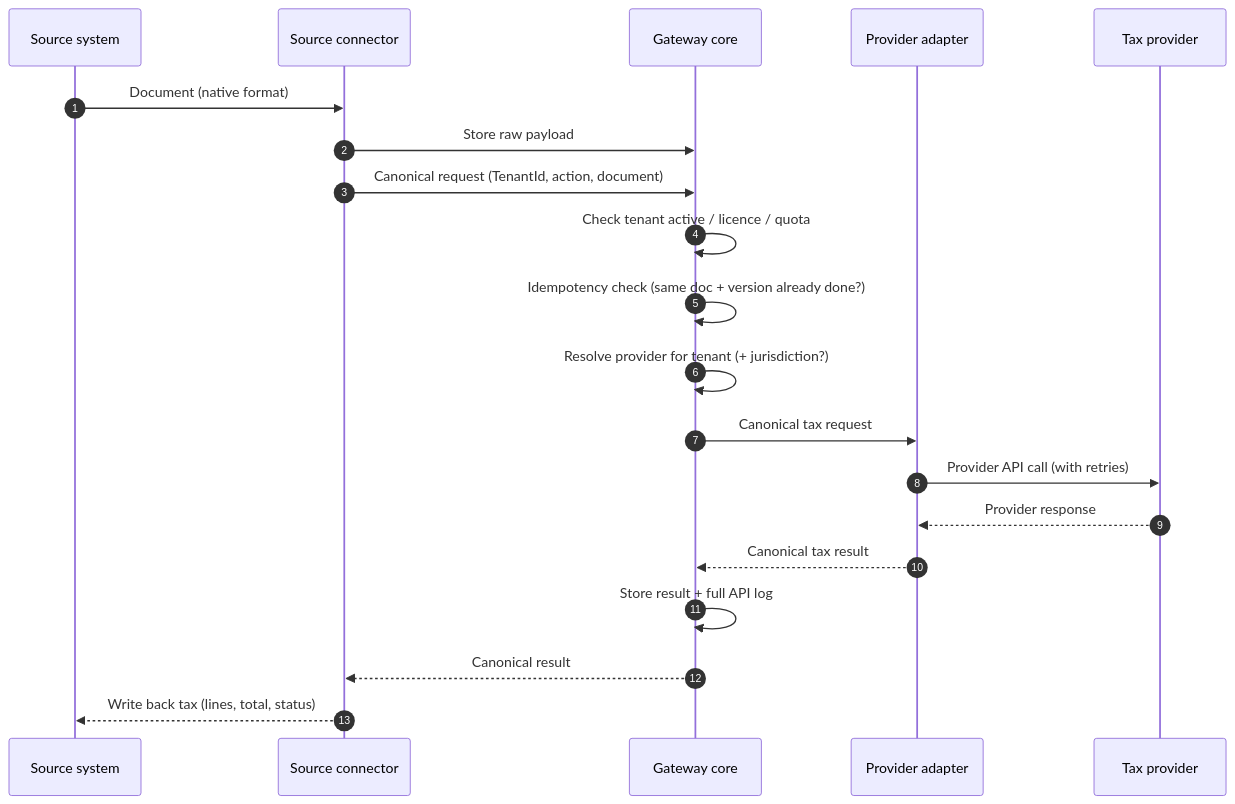
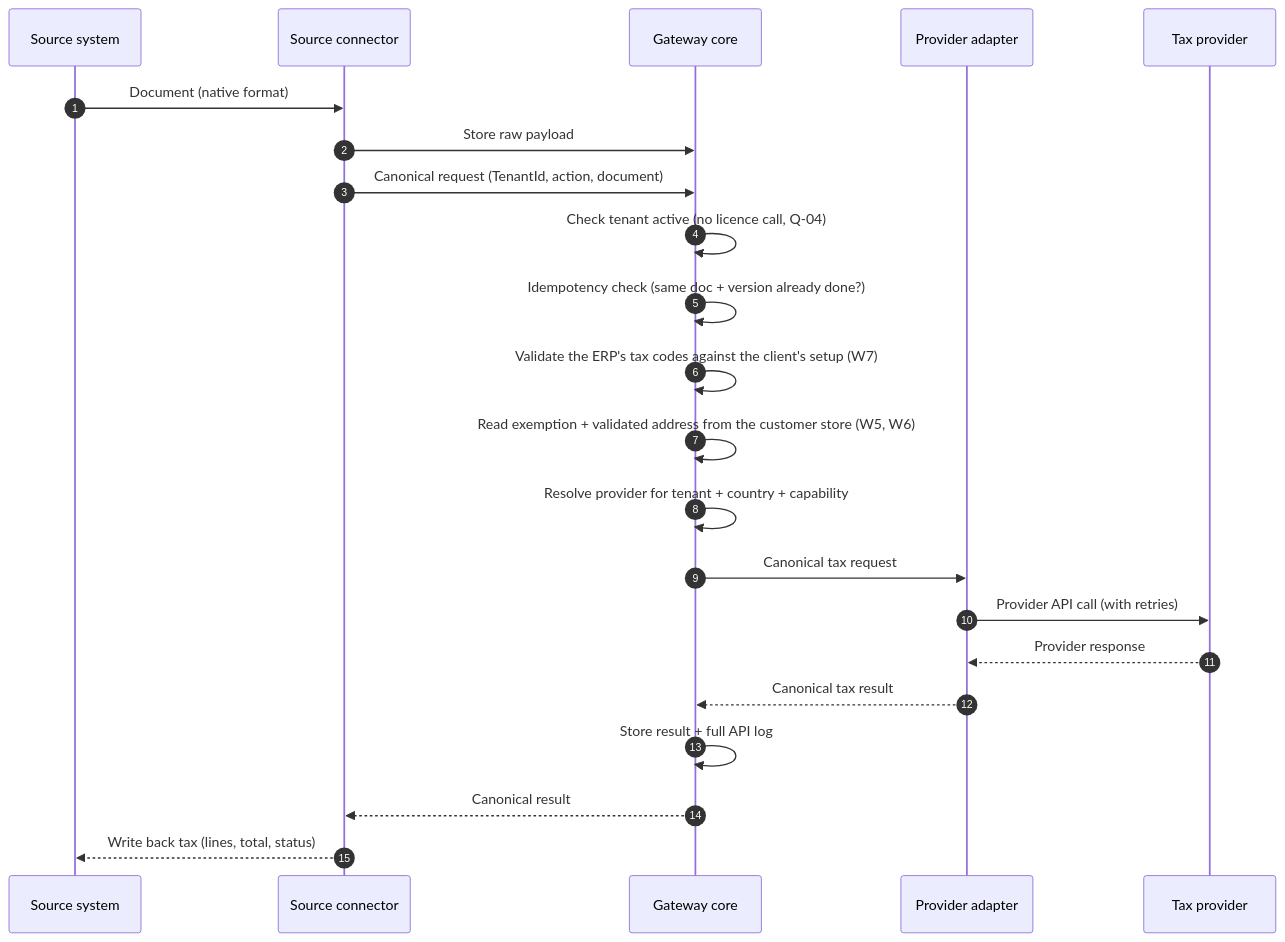
The second of 6 diagrams in spec/01-workflow.md (dsenthilraj2/TaxCalculator), drawn with Mermaid before and after one commit. The commit also changed other lines of this file and 11 other files, not shown here.

````diff
--- a/spec/01-workflow.md
+++ b/spec/01-workflow.md
@@ -68,23 +72,25 @@
 ```mermaid
 sequenceDiagram
   autonumber
   participant ERP as Source system
   participant SC as Source connector
   participant C as Gateway core
   participant PA as Provider adapter
   participant TP as Tax provider
 
   ERP->>SC: Document (native format)
   SC->>C: Store raw payload
   SC->>C: Canonical request (TenantId, action, document)
-  C->>C: Check tenant active / licence / quota
+  C->>C: Check tenant active (no licence call, Q-04)
   C->>C: Idempotency check (same doc + version already done?)
-  C->>C: Resolve provider for tenant (+ jurisdiction?)
+  C->>C: Validate the ERP's tax codes against the client's setup (W7)
+  C->>C: Read exemption + validated address from the customer store (W5, W6)
+  C->>C: Resolve provider for tenant + country + capability
   C->>PA: Canonical tax request
   PA->>TP: Provider API call (with retries)
   TP-->>PA: Provider response
   PA-->>C: Canonical tax result
   C->>C: Store result + full API log
   C-->>SC: Canonical result
   SC-->>ERP: Write back tax (lines, total, status)
 ```
````
